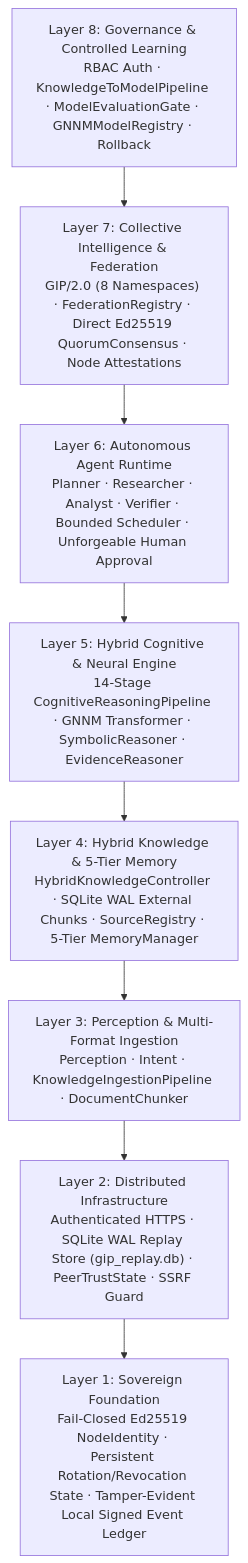
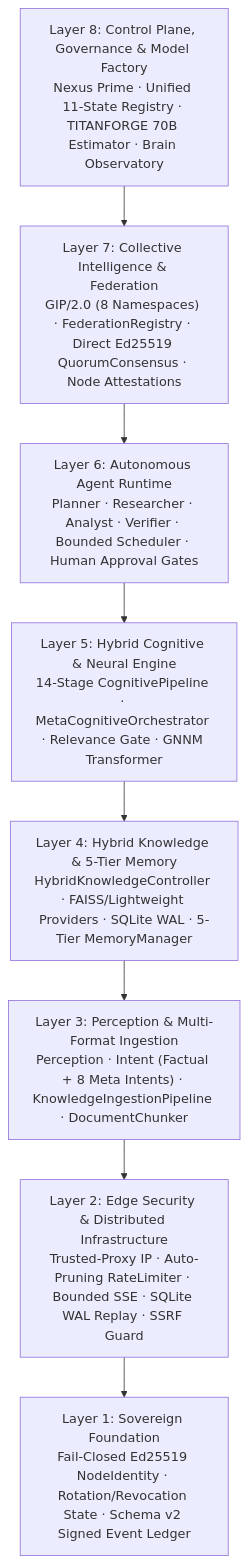
Before and after one commit to hoed/gajahmada-ai: the second of 2 diagrams in ARCHITECTURE.md, drawn with Mermaid. The commit also changed other lines of this file and 20 other files, not shown here.

Commit message:
update architecture and evolution

````diff
--- a/ARCHITECTURE.md
+++ b/ARCHITECTURE.md
@@ -54,13 +55,13 @@
 ```mermaid
 flowchart TD
-    L8["Layer 8: Governance & Controlled Learning<br/>RBAC Auth · KnowledgeToModelPipeline · ModelEvaluationGate · GNNMModelRegistry · Rollback"]
+    L8["Layer 8: Control Plane, Governance & Model Factory<br/>Nexus Prime · Unified 11-State Registry · TITANFORGE 70B Estimator · Brain Observatory"]
     L7["Layer 7: Collective Intelligence & Federation<br/>GIP/2.0 (8 Namespaces) · FederationRegistry · Direct Ed25519 QuorumConsensus · Node Attestations"]
-    L6["Layer 6: Autonomous Agent Runtime<br/>Planner · Researcher · Analyst · Verifier · Bounded Scheduler · Unforgeable Human Approval"]
-    L5["Layer 5: Hybrid Cognitive & Neural Engine<br/>14-Stage CognitiveReasoningPipeline · GNNM Transformer · SymbolicReasoner · EvidenceReasoner"]
-    L4["Layer 4: Hybrid Knowledge & 5-Tier Memory<br/>HybridKnowledgeController · SQLite WAL External Chunks · SourceRegistry · 5-Tier MemoryManager"]
-    L3["Layer 3: Perception & Multi-Format Ingestion<br/>Perception · Intent · KnowledgeIngestionPipeline · DocumentChunker"]
-    L2["Layer 2: Distributed Infrastructure<br/>Authenticated HTTPS · SQLite WAL Replay Store (gip_replay.db) · PeerTrustState · SSRF Guard"]
-    L1["Layer 1: Sovereign Foundation<br/>Fail-Closed Ed25519 NodeIdentity · Persistent Rotation/Revocation State · Tamper-Evident Local Signed Event Ledger"]
+    L6["Layer 6: Autonomous Agent Runtime<br/>Planner · Researcher · Analyst · Verifier · Bounded Scheduler · Human Approval Gates"]
+    L5["Layer 5: Hybrid Cognitive & Neural Engine<br/>14-Stage CognitivePipeline · MetaCognitiveOrchestrator · Relevance Gate · GNNM Transformer"]
+    L4["Layer 4: Hybrid Knowledge & 5-Tier Memory<br/>HybridKnowledgeController · FAISS/Lightweight Providers · SQLite WAL · 5-Tier MemoryManager"]
+    L3["Layer 3: Perception & Multi-Format Ingestion<br/>Perception · Intent (Factual + 8 Meta Intents) · KnowledgeIngestionPipeline · DocumentChunker"]
+    L2["Layer 2: Edge Security & Distributed Infrastructure<br/>Trusted-Proxy IP · Auto-Pruning RateLimiter · Bounded SSE · SQLite WAL Replay · SSRF Guard"]
+    L1["Layer 1: Sovereign Foundation<br/>Fail-Closed Ed25519 NodeIdentity · Rotation/Revocation State · Schema v2 Signed Event Ledger"]
 
     L8 --> L7 --> L6 --> L5 --> L4 --> L3 --> L2 --> L1
 ```
````
